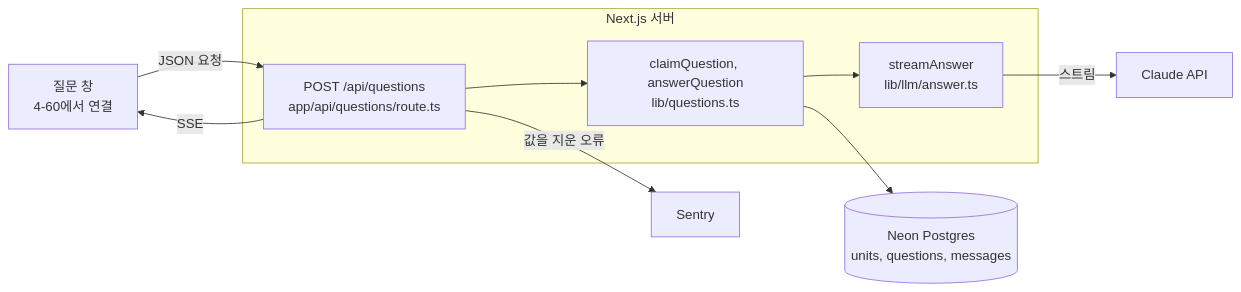
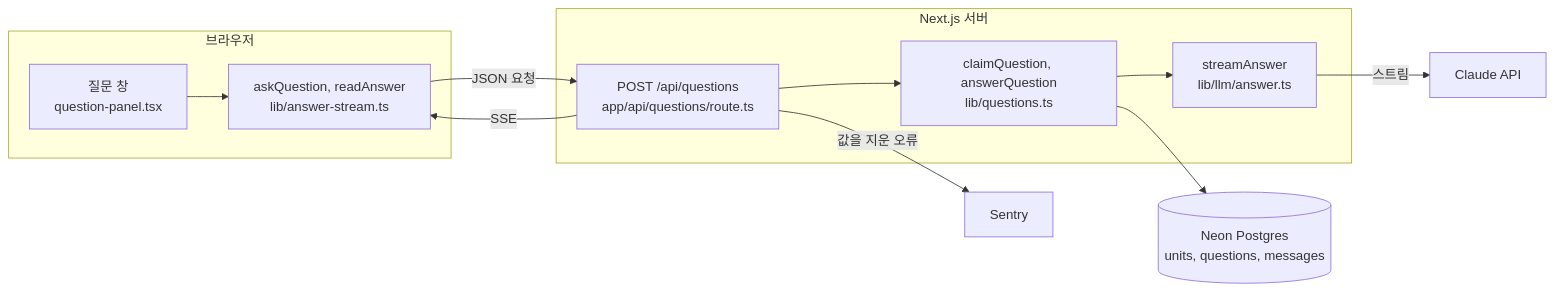
The first of 4 diagrams in _docs/output/2026-11-03-question-server.md (hm1n/silo-4th), drawn with Mermaid before and after one commit. The commit also changed other lines of this file and 1 other file, not shown here.

````diff
--- a/_docs/output/2026-11-03-question-server.md
+++ b/_docs/output/2026-11-03-question-server.md
@@ -43,22 +42,26 @@
 ```mermaid
 flowchart LR
-  Panel["질문 창<br/>4-60에서 연결"]
+  subgraph Client["브라우저"]
+    Panel["질문 창<br/>question-panel.tsx"]
+    Reader["askQuestion, readAnswer<br/>lib/answer-stream.ts"]
+  end
 
   subgraph Server["Next.js 서버"]
     Route["POST /api/questions<br/>app/api/questions/route.ts"]
     Domain["claimQuestion, answerQuestion<br/>lib/questions.ts"]
     LLM["streamAnswer<br/>lib/llm/answer.ts"]
   end
 
   DB[("Neon Postgres<br/>units, questions, messages")]
   Claude["Claude API"]
   Sentry["Sentry"]
 
-  Panel -->|JSON 요청| Route
-  Route -->|SSE| Panel
+  Panel --> Reader
+  Reader -->|JSON 요청| Route
+  Route -->|SSE| Reader
   Route --> Domain
   Domain --> DB
   Domain --> LLM
   LLM -->|스트림| Claude
   Route -->|값을 지운 오류| Sentry
 ```
````
